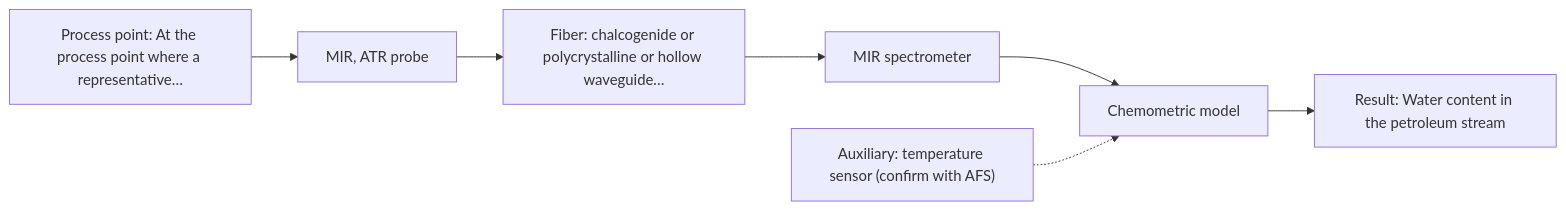
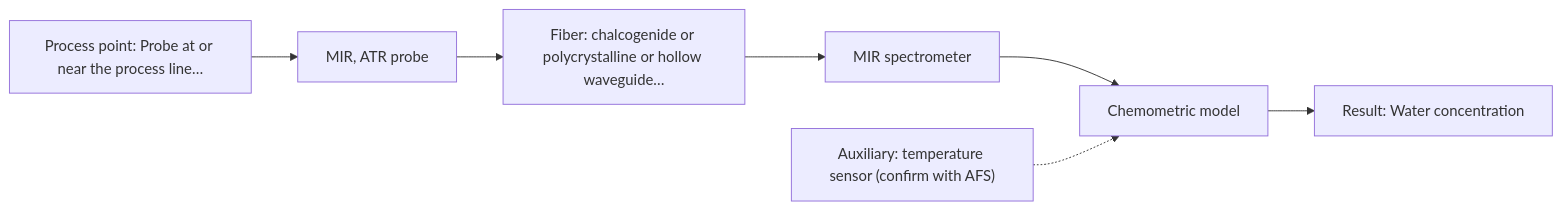
The first of 2 diagrams in outputs/dev/D06.md (sleipnir029/Afs-Spectroscopy-Assistant), drawn with Mermaid before and after one commit. The commit also changed other lines of this file and 41 other files, not shown here.

````diff
--- a/outputs/dev/D06.md
+++ b/outputs/dev/D06.md
@@ -38,16 +38,16 @@
 ```mermaid
 flowchart LR
-    proc["Process point: At the process point where a representative…"]
+    proc["Process point: Probe at or near the process line…"]
     probe1["MIR, ATR probe"]
     fiber1["Fiber: chalcogenide or polycrystalline or hollow waveguide…"]
     spec1["MIR spectrometer"]
     model["Chemometric model"]
-    result["Result: Water content in the petroleum stream"]
+    result["Result: Water concentration"]
     aux1["Auxiliary: temperature sensor (confirm with AFS)"]
     proc --> probe1
     probe1 --> fiber1
     fiber1 --> spec1
     spec1 --> model
     model --> result
     aux1 -.-> model
 ```
````
